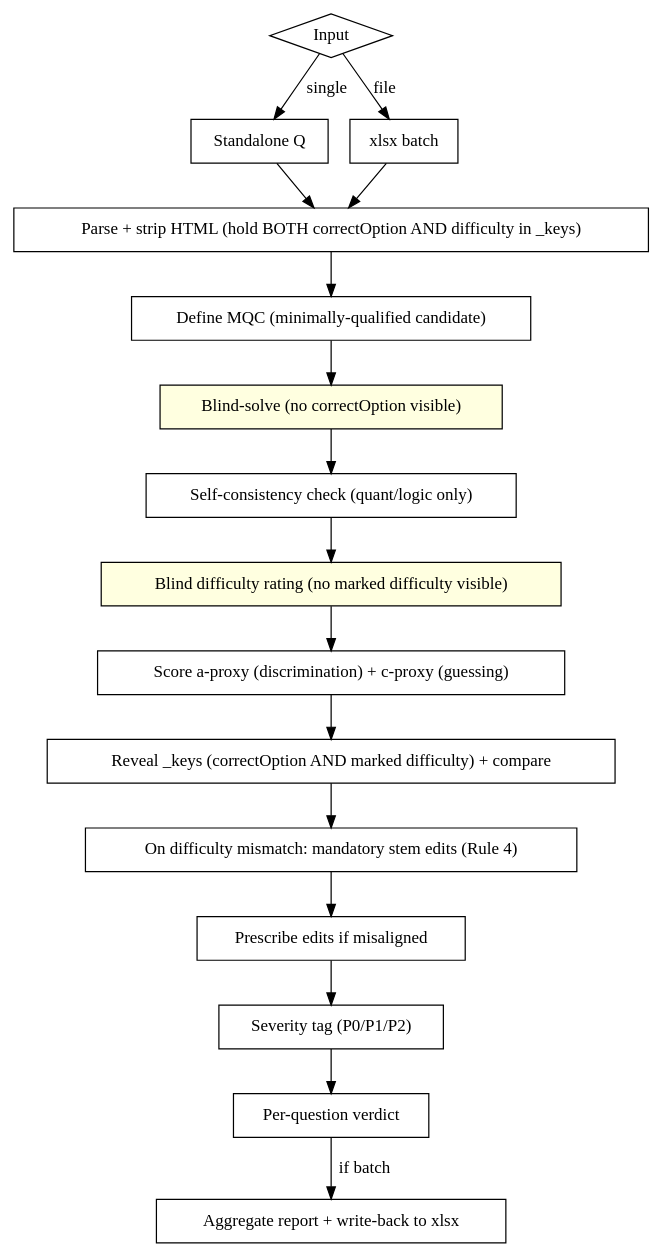
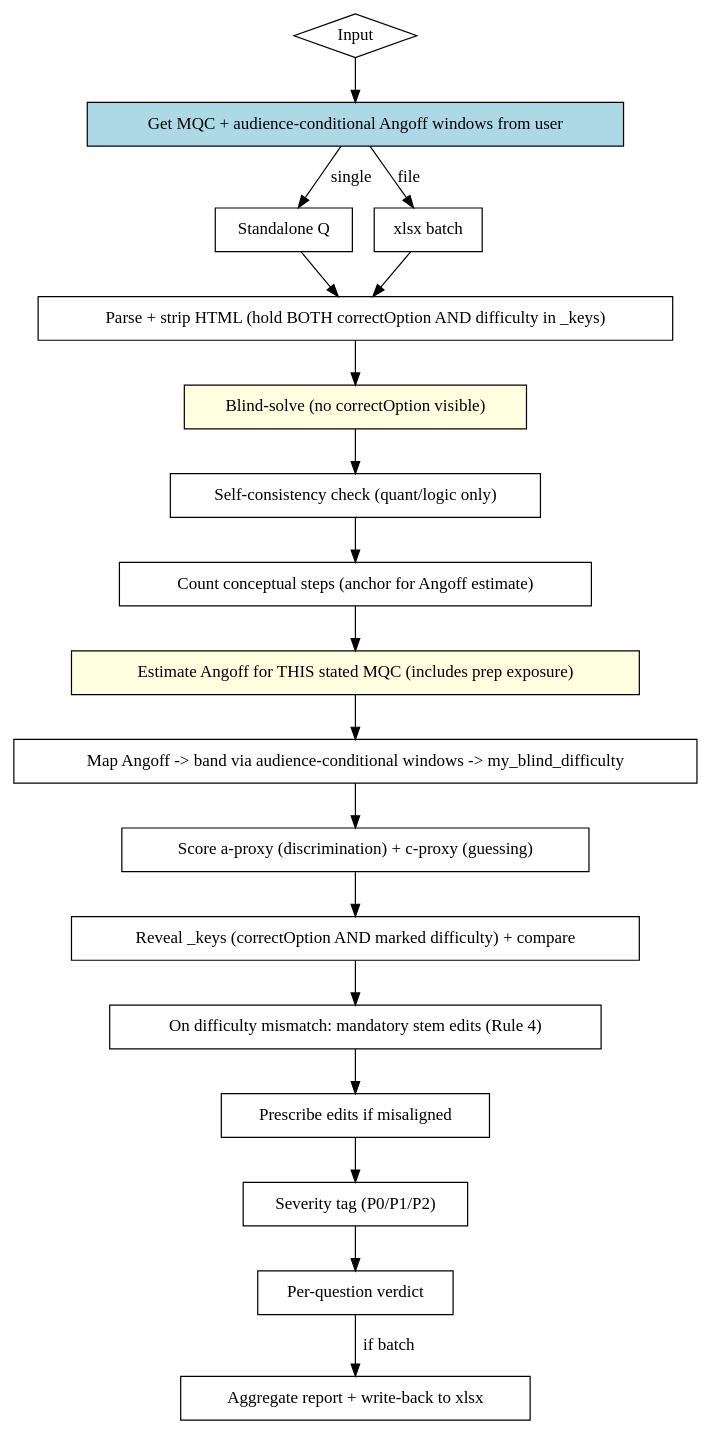
The diagram in skills/qc-questions/SKILL.md (v60samurai/qc-questions), drawn with Graphviz before and after one commit. The commit also changed other lines of this file and 5 other files, not shown here.

````diff
--- a/skills/qc-questions/SKILL.md
+++ b/skills/qc-questions/SKILL.md
@@ -32,35 +32,39 @@
 ```dot
 digraph qc_flow {
   "Input" [shape=diamond];
   "Standalone Q" [shape=box];
   "xlsx batch" [shape=box];
+  "Get MQC + audience-conditional Angoff windows from user" [shape=box, style=filled, fillcolor=lightblue];
   "Parse + strip HTML (hold BOTH correctOption AND difficulty in _keys)" [shape=box];
-  "Define MQC (minimally-qualified candidate)" [shape=box];
   "Blind-solve (no correctOption visible)" [shape=box, style=filled, fillcolor=lightyellow];
   "Self-consistency check (quant/logic only)" [shape=box];
-  "Blind difficulty rating (no marked difficulty visible)" [shape=box, style=filled, fillcolor=lightyellow];
+  "Count conceptual steps (anchor for Angoff estimate)" [shape=box];
+  "Estimate Angoff for THIS stated MQC (includes prep exposure)" [shape=box, style=filled, fillcolor=lightyellow];
+  "Map Angoff -> band via audience-conditional windows -> my_blind_difficulty" [shape=box];
   "Score a-proxy (discrimination) + c-proxy (guessing)" [shape=box];
   "Reveal _keys (correctOption AND marked difficulty) + compare" [shape=box];
   "On difficulty mismatch: mandatory stem edits (Rule 4)" [shape=box];
   "Prescribe edits if misaligned" [shape=box];
   "Severity tag (P0/P1/P2)" [shape=box];
   "Per-question verdict" [shape=box];
   "Aggregate report + write-back to xlsx" [shape=box];
 
-  "Input" -> "Standalone Q" [label="single"];
-  "Input" -> "xlsx batch" [label="file"];
+  "Input" -> "Get MQC + audience-conditional Angoff windows from user";
+  "Get MQC + audience-conditional Angoff windows from user" -> "Standalone Q" [label="single"];
+  "Get MQC + audience-conditional Angoff windows from user" -> "xlsx batch" [label="file"];
   "Standalone Q" -> "Parse + strip HTML (hold BOTH correctOption AND difficulty in _keys)";
   "xlsx batch" -> "Parse + strip HTML (hold BOTH correctOption AND difficulty in _keys)";
-  "Parse + strip HTML (hold BOTH correctOption AND difficulty in _keys)" -> "Define MQC (minimally-qualified candidate)";
-  "Define MQC (minimally-qualified candidate)" -> "Blind-solve (no correctOption visible)";
+  "Parse + strip HTML (hold BOTH correctOption AND difficulty in _keys)" -> "Blind-solve (no correctOption visible)";
   "Blind-solve (no correctOption visible)" -> "Self-consistency check (quant/logic only)";
-  "Self-consistency check (quant/logic only)" -> "Blind difficulty rating (no marked difficulty visible)";
-  "Blind difficulty rating (no marked difficulty visible)" -> "Score a-proxy (discrimination) + c-proxy (guessing)";
+  "Self-consistency check (quant/logic only)" -> "Count conceptual steps (anchor for Angoff estimate)";
+  "Count conceptual steps (anchor for Angoff estimate)" -> "Estimate Angoff for THIS stated MQC (includes prep exposure)";
+  "Estimate Angoff for THIS stated MQC (includes prep exposure)" -> "Map Angoff -> band via audience-conditional windows -> my_blind_difficulty";
+  "Map Angoff -> band via audience-conditional windows -> my_blind_difficulty" -> "Score a-proxy (discrimination) + c-proxy (guessing)";
   "Score a-proxy (discrimination) + c-proxy (guessing)" -> "Reveal _keys (correctOption AND marked difficulty) + compare";
   "Reveal _keys (correctOption AND marked difficulty) + compare" -> "On difficulty mismatch: mandatory stem edits (Rule 4)";
   "On difficulty mismatch: mandatory stem edits (Rule 4)" -> "Prescribe edits if misaligned";
   "Prescribe edits if misaligned" -> "Severity tag (P0/P1/P2)";
   "Severity tag (P0/P1/P2)" -> "Per-question verdict";
   "Per-question verdict" -> "Aggregate report + write-back to xlsx" [label="if batch"];
 }
 ```
````
